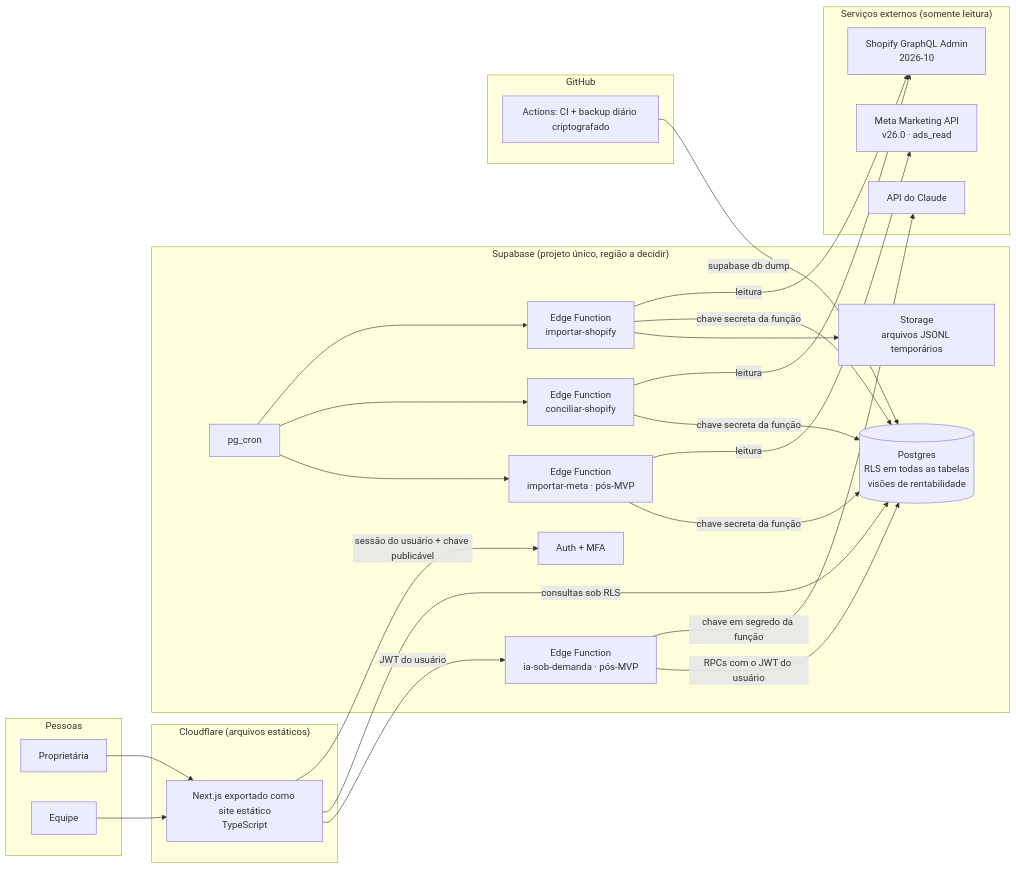
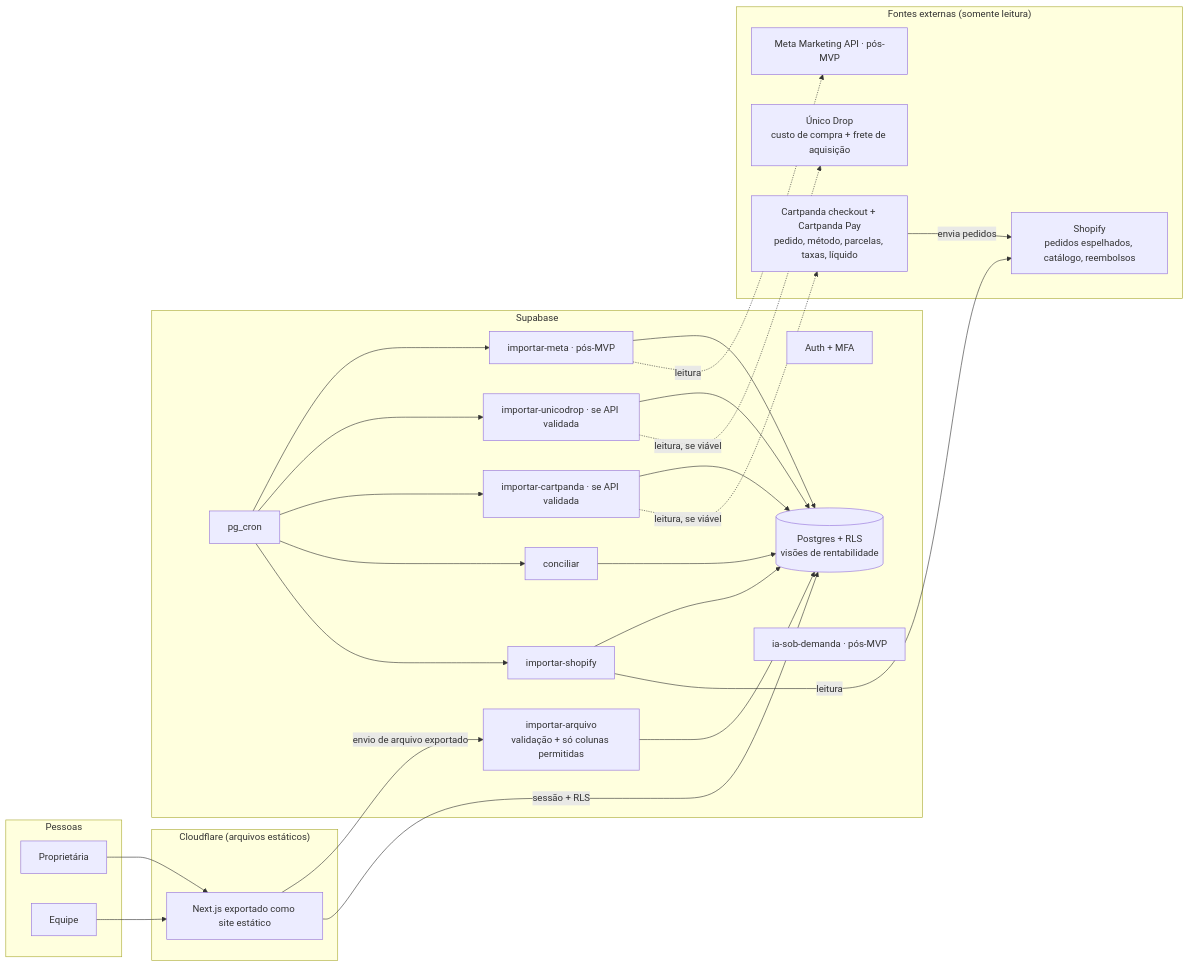
Before and after one commit to bemv-lab/Claude: the diagram in docs/rocco-os/arquitetura.md, drawn with Mermaid. The commit also changed other lines of this file and 1 other file, not shown here.

First line of the commit message:
Rocco OS: Único Drop e Cartpanda Pay na arquitetura e início da auditoria da Fase 0

````diff
--- a/docs/rocco-os/arquitetura.md
+++ b/docs/rocco-os/arquitetura.md
@@ -47,45 +62,42 @@
 ```mermaid
 flowchart LR
   subgraph Pessoas
     P[Proprietária]
     E[Equipe]
   end
 
   subgraph CF["Cloudflare (arquivos estáticos)"]
-    UI[Next.js exportado como site estático<br/>TypeScript]
+    UI[Next.js exportado como site estático]
   end
 
-  subgraph SB["Supabase (projeto único, região a decidir)"]
+  subgraph SB["Supabase"]
     AUTH[Auth + MFA]
-    DB[(Postgres<br/>RLS em todas as tabelas<br/>visões de rentabilidade)]
+    DB[(Postgres + RLS<br/>visões de rentabilidade)]
     CRON[pg_cron]
-    F1[Edge Function<br/>importar-shopify]
-    F2[Edge Function<br/>conciliar-shopify]
-    F3[Edge Function<br/>importar-meta · pós-MVP]
-    F4[Edge Function<br/>ia-sob-demanda · pós-MVP]
-    ST[Storage<br/>arquivos JSONL temporários]
+    F1[importar-shopify]
+    F2[conciliar]
+    F3[importar-arquivo<br/>validação + só colunas permitidas]
+    F4[importar-cartpanda · se API validada]
+    F5[importar-unicodrop · se API validada]
+    F6[importar-meta · pós-MVP]
+    F7[ia-sob-demanda · pós-MVP]
   end
 
-  subgraph GH["GitHub"]
-    CI[Actions: CI + backup diário criptografado]
+  subgraph Fontes["Fontes externas (somente leitura)"]
+    CP[Cartpanda checkout + Cartpanda Pay<br/>pedido, método, parcelas, taxas, líquido]
+    SH[Shopify<br/>pedidos espelhados, catálogo, reembolsos]
+    UD[Único Drop<br/>custo de compra + frete de aquisição]
+    META[Meta Marketing API · pós-MVP]
   end
 
-  subgraph Ext["Serviços externos (somente leitura)"]
-    SH[Shopify GraphQL Admin<br/>2026-10]
-    META[Meta Marketing API<br/>v26.0 · ads_read]
-    LLM[API do Claude]
-  end
-
+  CP -- envia pedidos --> SH
   P & E --> UI
-  UI -- sessão do usuário + chave publicável --> AUTH
-  UI -- consultas sob RLS --> DB
-  UI -- JWT do usuário --> F4
-  CRON --> F1 & F2 & F3
-  F1 & F2 -- leitura --> SH
-  F3 -- leitura --> META
-  F4 -- chave em segredo da função --> LLM
-  F1 & F2 & F3 -- chave secreta da função --> DB
-  F1 --> ST
-  F4 -- RPCs com o JWT do usuário --> DB
-  CI -- supabase db dump --> DB
+  UI -- sessão + RLS --> DB
+  UI -- envio de arquivo exportado --> F3
+  CRON --> F1 & F2 & F4 & F5 & F6
+  F1 -- leitura --> SH
+  F4 -. leitura, se viável .-> CP
+  F5 -. leitura, se viável .-> UD
+  F6 -. leitura .-> META
+  F1 & F2 & F3 & F4 & F5 & F6 --> DB
 ```
````
